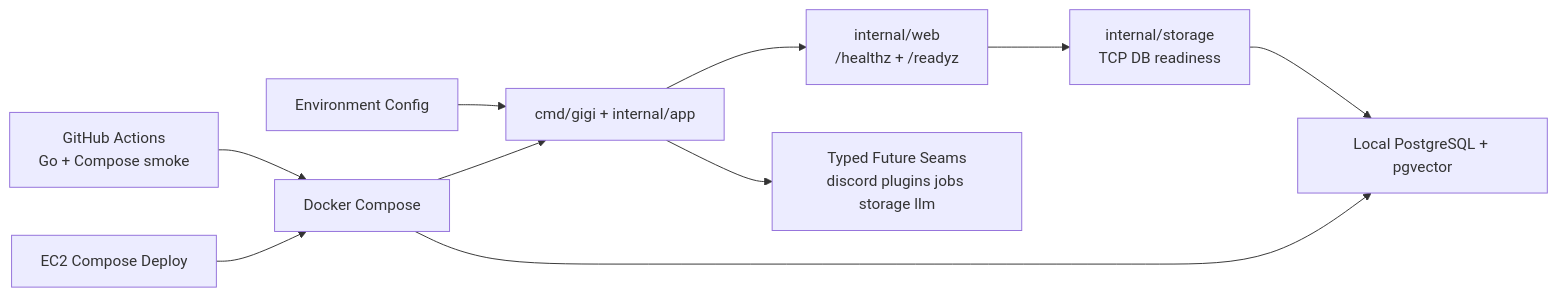
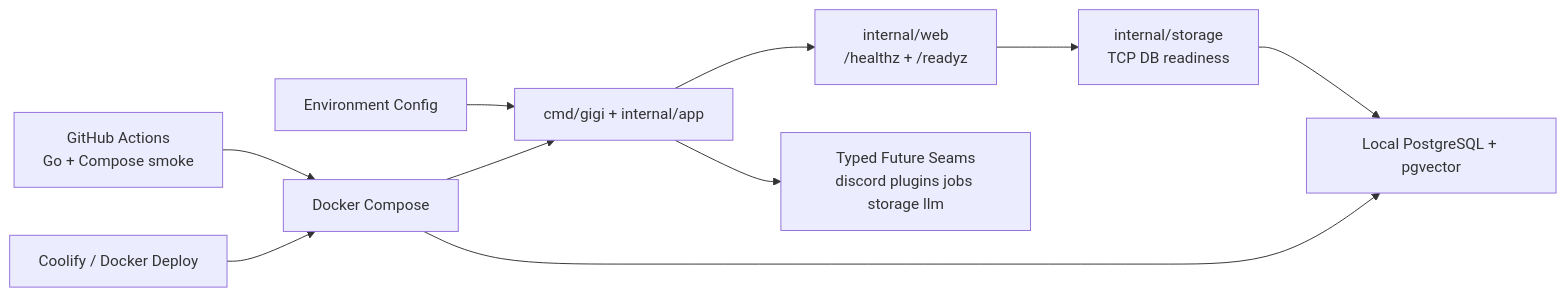
One commit to gOps132/GigiDC changed the diagram in docs/diagrams/system-overview.md. Above: the diagram before and after it, drawn with Mermaid. The commit also changed 14 other files, not shown here.

````diff
--- a/docs/diagrams/system-overview.md
+++ b/docs/diagrams/system-overview.md
@@ -10,22 +10,22 @@
 ```mermaid
 flowchart LR
   Env["Environment Config"]
   App["cmd/gigi + internal/app"]
   Web["internal/web<br/>/healthz + /readyz"]
   Ready["internal/storage<br/>TCP DB readiness"]
   DB["Local PostgreSQL + pgvector"]
   Seams["Typed Future Seams<br/>discord plugins jobs storage llm"]
   Compose["Docker Compose"]
   CI["GitHub Actions<br/>Go + Compose smoke"]
-  EC2["EC2 Compose Deploy"]
+  Deploy["Coolify / Docker Deploy"]
 
   Env --> App
   App --> Web
   Web --> Ready
   Ready --> DB
   App --> Seams
   Compose --> App
   Compose --> DB
   CI --> Compose
-  EC2 --> Compose
+  Deploy --> Compose
 ```
````
